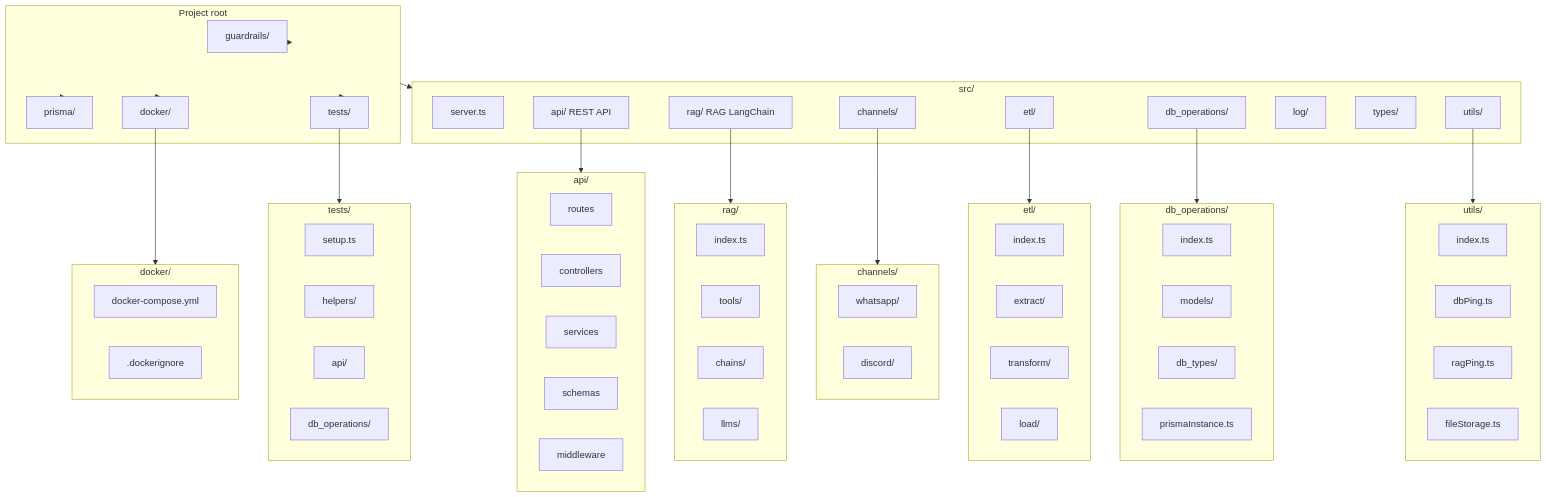
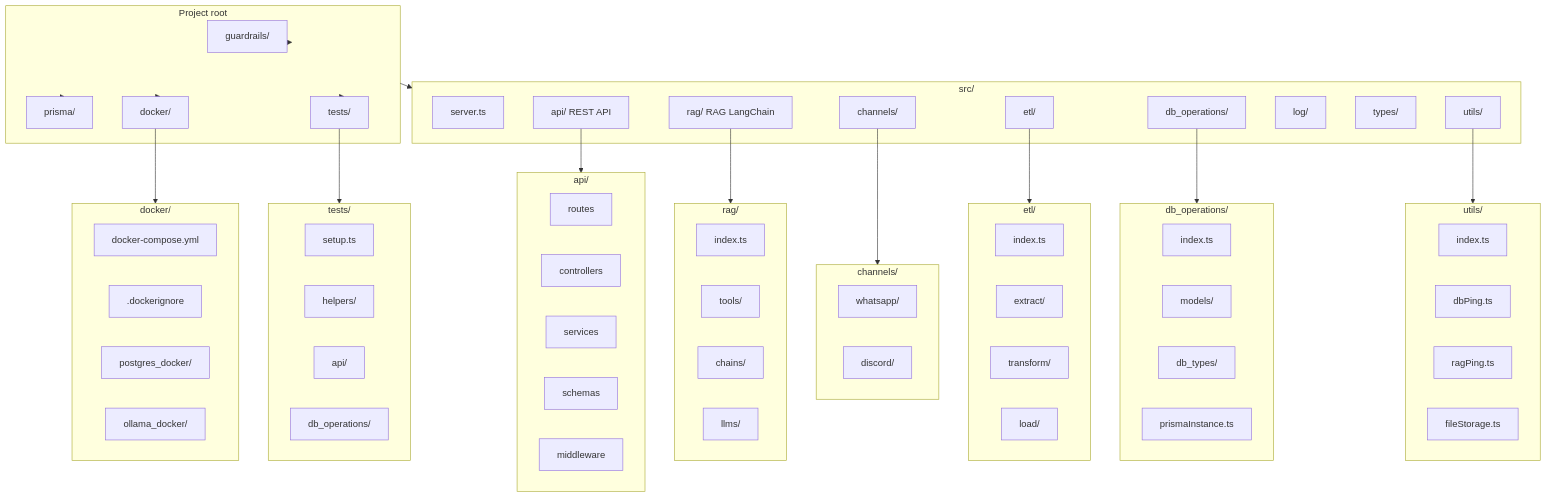
The second of 5 diagrams in docs/project_structure/project-structure.md (sorocode-comunidade/swanytello), drawn with Mermaid before and after one commit. The commit also changed 19 other files, not shown here.

Commit message:
added ollama docker and reorganized the docker folder to follow the project standards

```diff
--- a/docs/project_structure/project-structure.md
+++ b/docs/project_structure/project-structure.md
@@ -139,6 +139,8 @@
   subgraph docker_detail [docker/]
     compose[docker-compose.yml]
     dockerignore[.dockerignore]
+    postgres_docker[postgres_docker/]
+    ollama_docker[ollama_docker/]
   end
 
   subgraph tests_detail [tests/]
```
